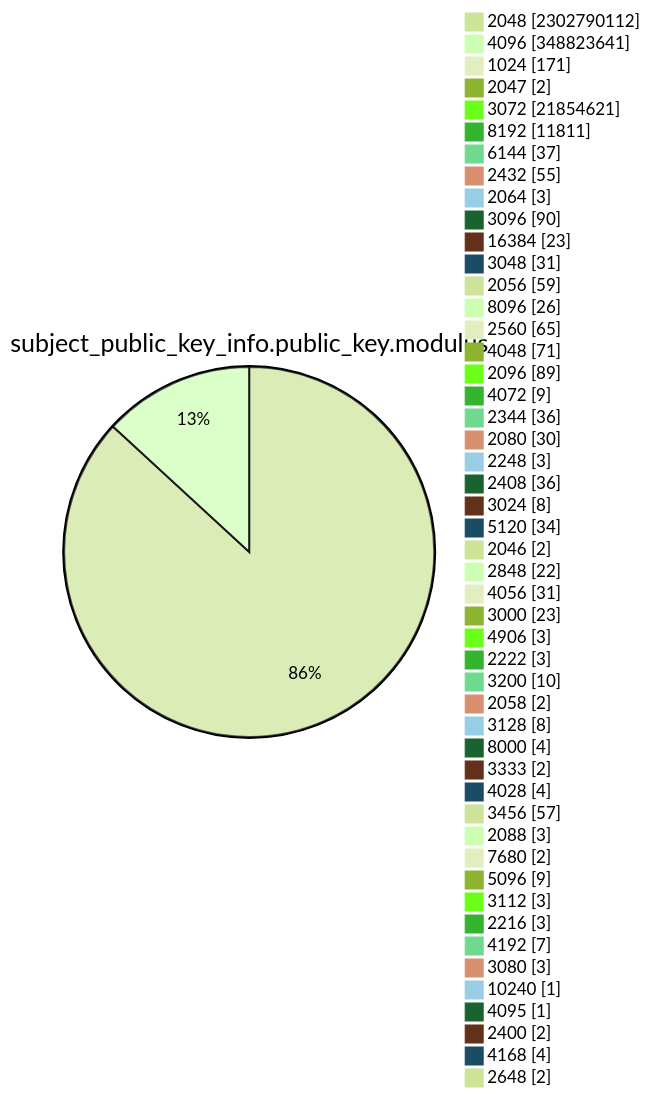
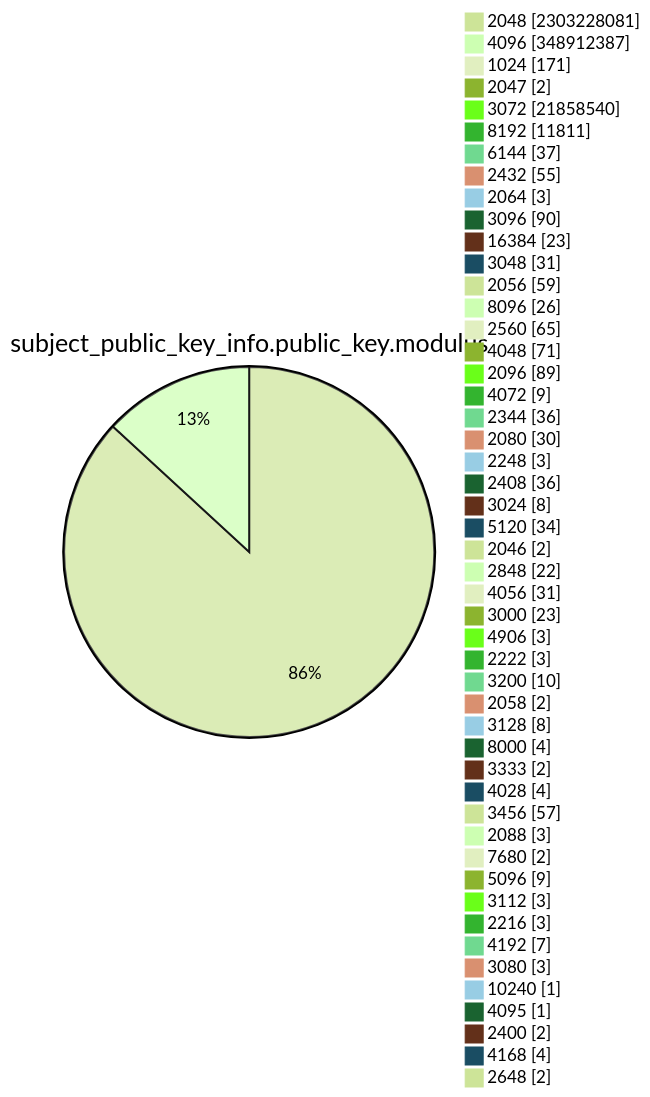
Diagram 13 of 15 in TOTAL/README.md (christiankrug/ctmonitor_visualization), drawn with Mermaid (forest theme) before and after one commit. The commit also changed other lines of this file, not shown here.

````diff
--- a/TOTAL/README.md
+++ b/TOTAL/README.md
@@ -4167,53 +4167,53 @@
 ```mermaid
 pie showData
 title subject_public_key_info.public_key.modulus
-"2048" :2302790112
-"4096" :348823641
+"2048" :2303228081
+"4096" :348912387
 "1024" :171
 "2047" :2
-"3072" :21854621
+"3072" :21858540
 "8192" :11811
 "6144" :37
 "2432" :55
 "2064" :3
 "3096" :90
 "16384" :23
 "3048" :31
 "2056" :59
 "8096" :26
 "2560" :65
 "4048" :71
 "2096" :89
 "4072" :9
 "2344" :36
 "2080" :30
 "2248" :3
 "2408" :36
 "3024" :8
 "5120" :34
 "2046" :2
 "2848" :22
 "4056" :31
 "3000" :23
 "4906" :3
 "2222" :3
 "3200" :10
 "2058" :2
 "3128" :8
 "8000" :4
 "3333" :2
 "4028" :4
 "3456" :57
 "2088" :3
 "7680" :2
 "5096" :9
 "3112" :3
 "2216" :3
 "4192" :7
 "3080" :3
 "10240" :1
 "4095" :1
 "2400" :2
 "4168" :4
 "2648" :2
 ```
````
